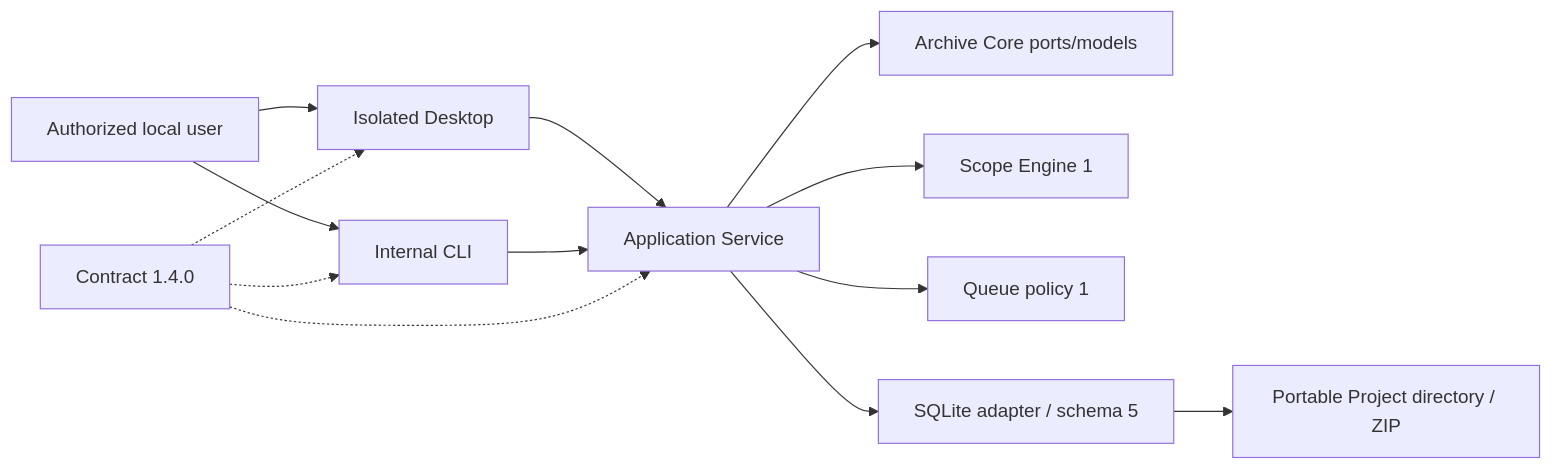
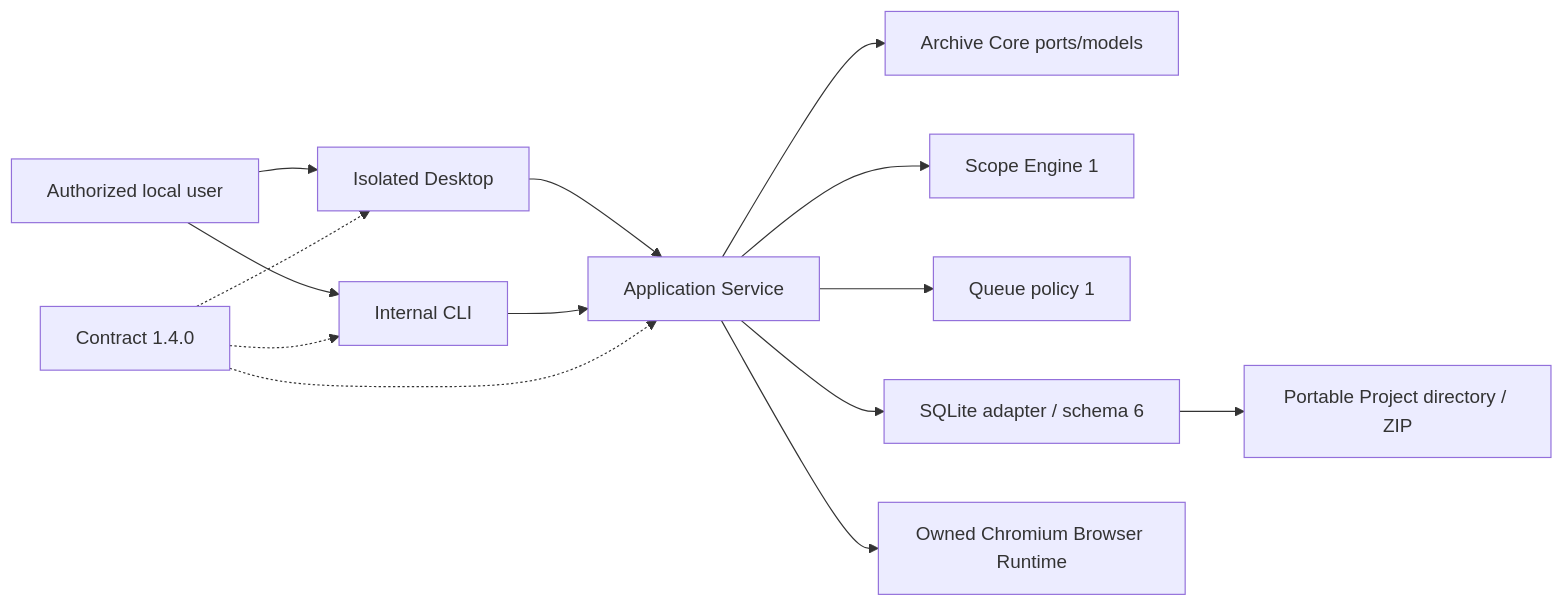
One commit to sasanzare/OfflineWebArchiver changed the diagram in docs/architecture/SYSTEM_CONTEXT.md. Above: the diagram before and after it, drawn with Mermaid. The commit also changed other lines of this file and 156 other files, not shown here.

First line of the commit message:
feat(rendering): complete phase 8 browser runtime and rendering engine

````diff
--- a/docs/architecture/SYSTEM_CONTEXT.md
+++ b/docs/architecture/SYSTEM_CONTEXT.md
@@ -7,15 +11,16 @@
 ```mermaid
 flowchart LR
   User["Authorized local user"] --> Desktop["Isolated Desktop"]
   User --> CLI["Internal CLI"]
   Desktop --> Service["Application Service"]
   CLI --> Service
   Service --> Core["Archive Core ports/models"]
   Service --> Scope["Scope Engine 1"]
   Service --> Queue["Queue policy 1"]
-  Service --> Persistence["SQLite adapter / schema 5"]
+  Service --> Persistence["SQLite adapter / schema 6"]
+  Service --> Browser["Owned Chromium Browser Runtime"]
   Persistence --> Files["Portable Project directory / ZIP"]
   Contracts["Contract 1.4.0"] -.-> Desktop
   Contracts -.-> CLI
   Contracts -.-> Service
 ```
````
